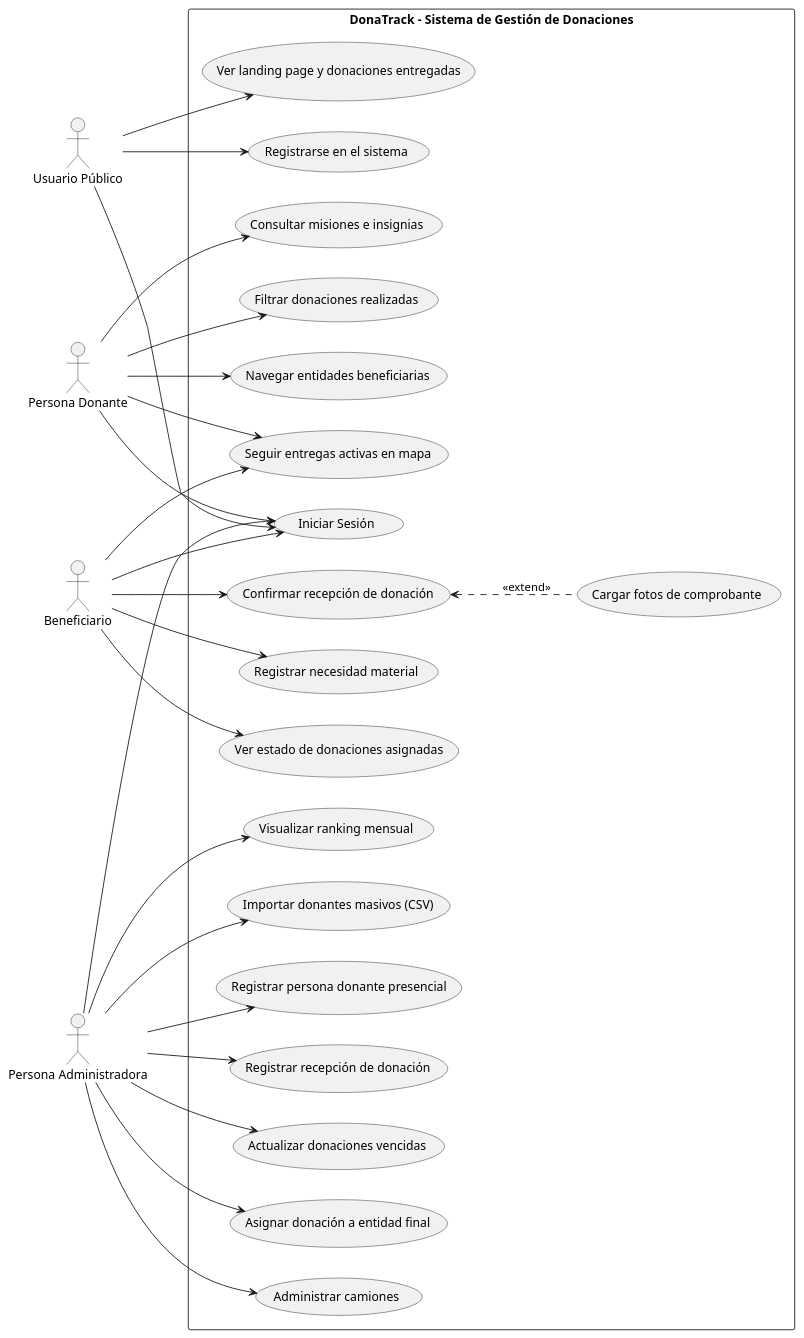
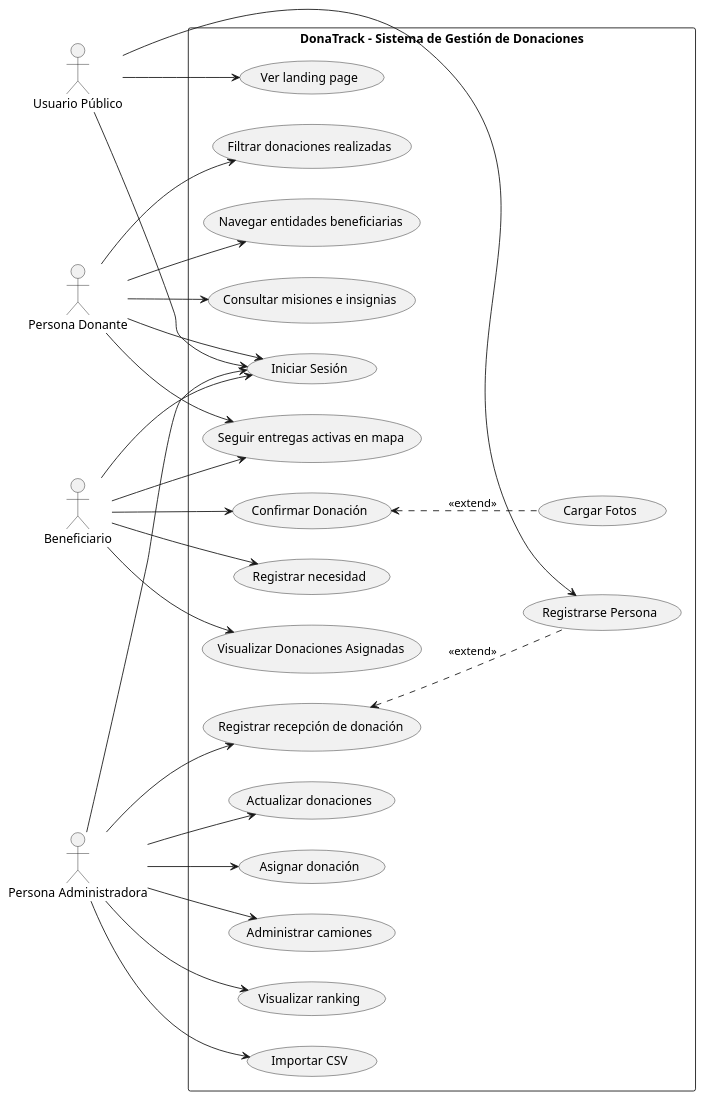
The diagram in diagramas/donaciones/CasosDeUso.puml (matefernandezcc/DonaTrack), drawn with PlantUML before and after one commit. The commit also changed 1 other file, not shown here.

Commit message:
Update Diagrama caso de uso y arreglo test CSV

```diff
--- a/diagramas/donaciones/CasosDeUso.puml
+++ b/diagramas/donaciones/CasosDeUso.puml
@@ -1,71 +1,72 @@
 @startuml DonaTrack_CasosDeUso
 left to right direction
 skinparam packageStyle rectangle
 
 actor "Usuario Público" as Publico
 actor "Persona Donante" as Donante
 actor "Beneficiario" as Entidad
 actor "Persona Administradora" as Admin
 
 package "DonaTrack - Sistema de Gestión de Donaciones" {
     
+    ' --- Casos de Uso de Multiple individuos ---
+    usecase "Registrarse Persona" as UC_Registro
+    usecase "Iniciar Sesión" as UC_Login
+
     ' --- Casos de Uso de Acceso ---
-    usecase "Ver landing page y donaciones entregadas" as UC_Publico1
-    usecase "Registrarse en el sistema" as UC_Registro
-    usecase "Iniciar Sesión" as UC_Login
+    usecase "Ver landing page" as UC_Publico1
 
     ' --- Casos de Uso de Persona Donante ---
     usecase "Filtrar donaciones realizadas" as UC_D1
     usecase "Navegar entidades beneficiarias" as UC_D2
     usecase "Consultar misiones e insignias" as UC_D3
     usecase "Seguir entregas activas en mapa" as UC_SeguirMapa
 
     ' --- Casos de Uso de Beneficiario ---
-    usecase "Registrar necesidad material" as UC_E1
-    usecase "Ver estado de donaciones asignadas" as UC_E2
-    usecase "Confirmar recepción de donación" as UC_E3
-    usecase "Cargar fotos de comprobante" as UC_E4
+    usecase "Registrar necesidad" as UC_E1
+    usecase "Visualizar Donaciones Asignadas" as UC_E2
+    usecase "Confirmar Donación" as UC_E3
+    usecase "Cargar Fotos" as UC_E4
 
     ' --- Casos de Uso de Persona Administradora ---
-    usecase "Registrar persona donante presencial" as UC_A1
     usecase "Registrar recepción de donación" as UC_A2
-    usecase "Actualizar donaciones vencidas" as UC_A3
-    usecase "Asignar donación a entidad final" as UC_A4
+    usecase "Actualizar donaciones" as UC_A3
+    usecase "Asignar donación" as UC_A4
     usecase "Administrar camiones" as UC_A5
-    usecase "Visualizar ranking mensual" as UC_A6
-    usecase "Importar donantes masivos (CSV)" as UC_A7
+    usecase "Visualizar ranking" as UC_A6
+    usecase "Importar CSV" as UC_A7
 }
 
 ' --- Relaciones del Usuario Público ---
 Publico --> UC_Publico1
 Publico --> UC_Registro
 Publico --> UC_Login
 
 ' --- Relaciones de Persona Donante ---
 Donante --> UC_Login
 Donante --> UC_D1
 Donante --> UC_D2
 Donante --> UC_D3
 Donante --> UC_SeguirMapa
 
 ' --- Relaciones de Beneficiario ---
 Entidad --> UC_Login
 Entidad --> UC_E1
 Entidad --> UC_E2
 Entidad --> UC_E3
 Entidad --> UC_SeguirMapa
 
 ' Relación de extensión para subir fotos opcionales/comprobantes
 UC_E3 <.. UC_E4 : <<extend>>
+UC_A2 <.. UC_Registro : <<extend>>
 
 ' --- Relaciones de Persona Administradora ---
 Admin --> UC_Login
-Admin --> UC_A1
 Admin --> UC_A2
 Admin --> UC_A3
 Admin --> UC_A4
 Admin --> UC_A5
 Admin --> UC_A6
 Admin --> UC_A7
 
 @enduml
```
